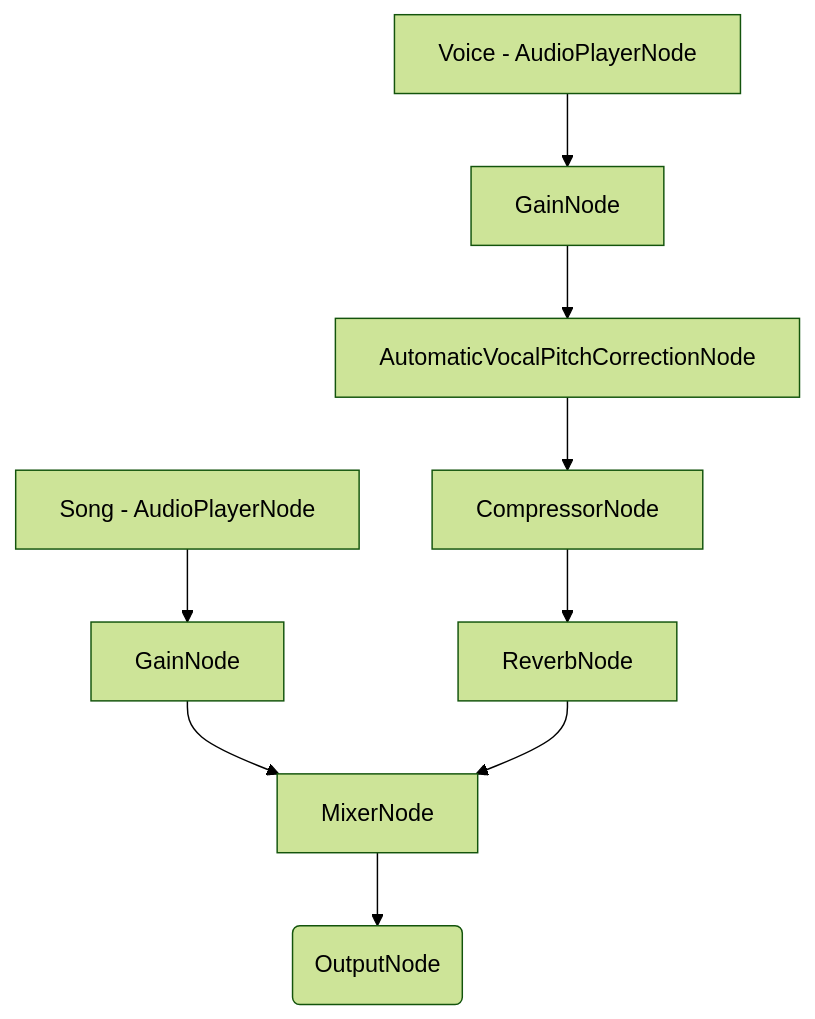
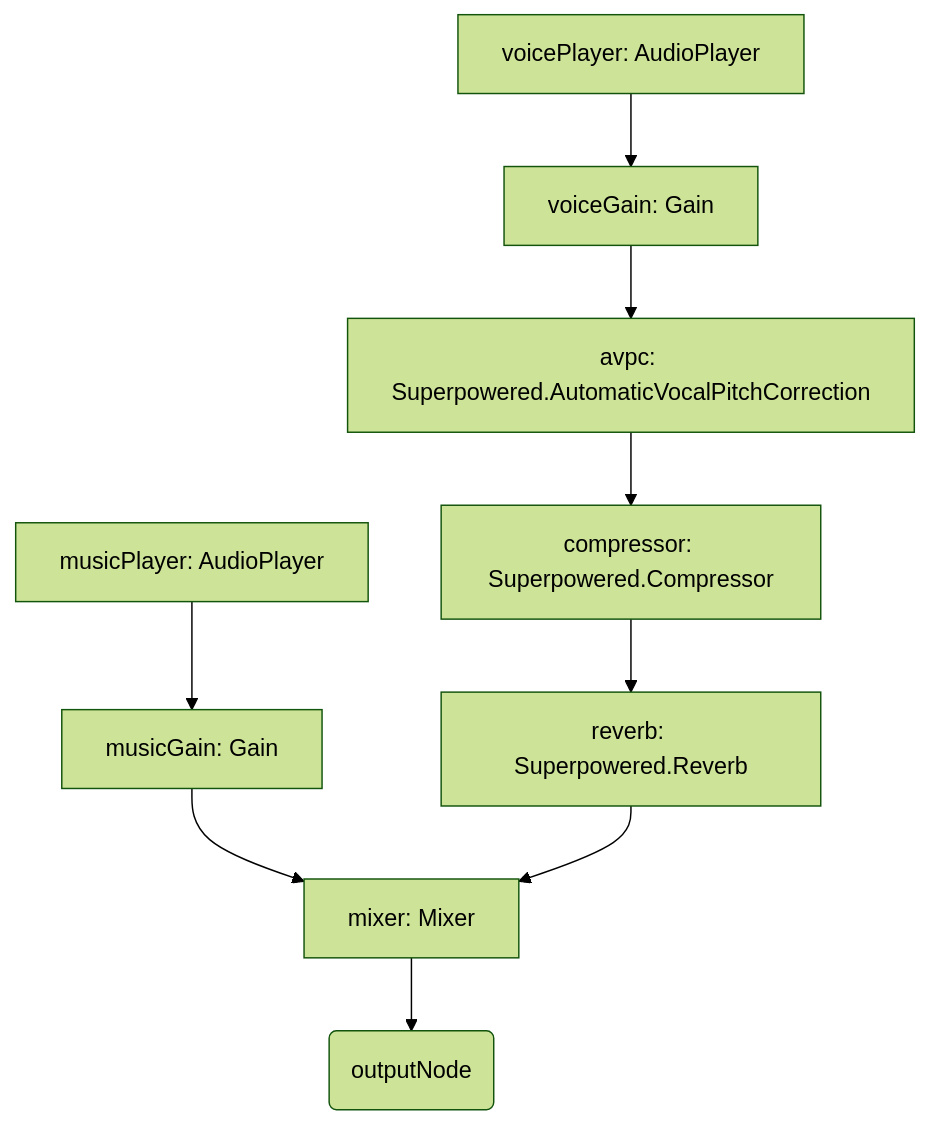
One commit to switchboard-sdk/karaoke-app-android changed the third of 3 diagrams in README.md. Above: the diagram before and after it, drawn with Mermaid (forest theme). The commit also changed other lines of this file and 34 other files, not shown here.

````diff
--- a/README.md
+++ b/README.md
@@ -102,11 +103,11 @@
 ```mermaid
 flowchart TD
-idSong[Song - AudioPlayerNode]-->idSongGain[GainNode]
-idSongGain-->idMixer[MixerNode]
-idVocal[Voice - AudioPlayerNode]-->idVoiceGain[GainNode]
-idVoiceGain-->idAvpc[AutomaticVocalPitchCorrectionNode]
-idAvpc-->idCompressor[CompressorNode]
-idCompressor-->idReverb[ReverbNode]
-idReverb-->idMixer[MixerNode]
-idMixer-->idOutput(OutputNode)
+idSong["musicPlayer: AudioPlayer"]-->idSongGain["musicGain: Gain"]
+idSongGain-->idMixer["mixer: Mixer"]
+idVoice["voicePlayer: AudioPlayer"]-->idVoiceGain["voiceGain: Gain"]
+idVoiceGain-->idAvpc["avpc: Superpowered.AutomaticVocalPitchCorrection"]
+idAvpc-->idCompressor["compressor: Superpowered.Compressor"]
+idCompressor-->idReverb["reverb: Superpowered.Reverb"]
+idReverb-->idMixer
+idMixer-->idOutput(outputNode)
 ```
````
